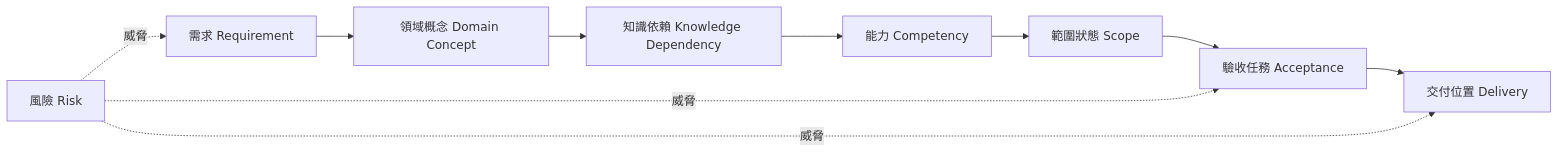
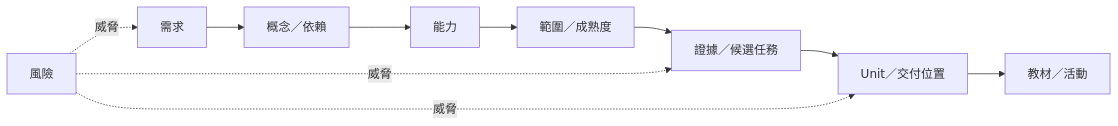
One commit to inred329/summer_pre_course_2026 changed the diagram in design/10-traceability-matrix.zh-TW.md. Above: the diagram before and after it, drawn with Mermaid. The commit also changed other lines of this file and 104 other files, not shown here.

````diff
--- a/design/10-traceability-matrix.zh-TW.md
+++ b/design/10-traceability-matrix.zh-TW.md
@@ -35,12 +27,12 @@
 ```mermaid
 flowchart LR
-    REQ[需求 Requirement] --> DM[領域概念 Domain Concept]
-    DM --> KG[知識依賴 Knowledge Dependency]
-    KG --> PC[能力 Competency]
-    PC --> SB[範圍狀態 Scope]
-    SB --> AT[驗收任務 Acceptance]
-    AT --> DEL[交付位置 Delivery]
-    RISK[風險 Risk] -.威脅.-> REQ
-    RISK -.威脅.-> AT
-    RISK -.威脅.-> DEL
+    REQ[需求] --> CON[概念／依賴]
+    CON --> PC[能力]
+    PC --> SB[範圍／成熟度]
+    SB --> EV[證據／候選任務]
+    EV --> UNIT[Unit／交付位置]
+    UNIT --> MAT[教材／活動]
+    RISK[風險] -.威脅.-> REQ
+    RISK -.威脅.-> EV
+    RISK -.威脅.-> UNIT
 ```
````
